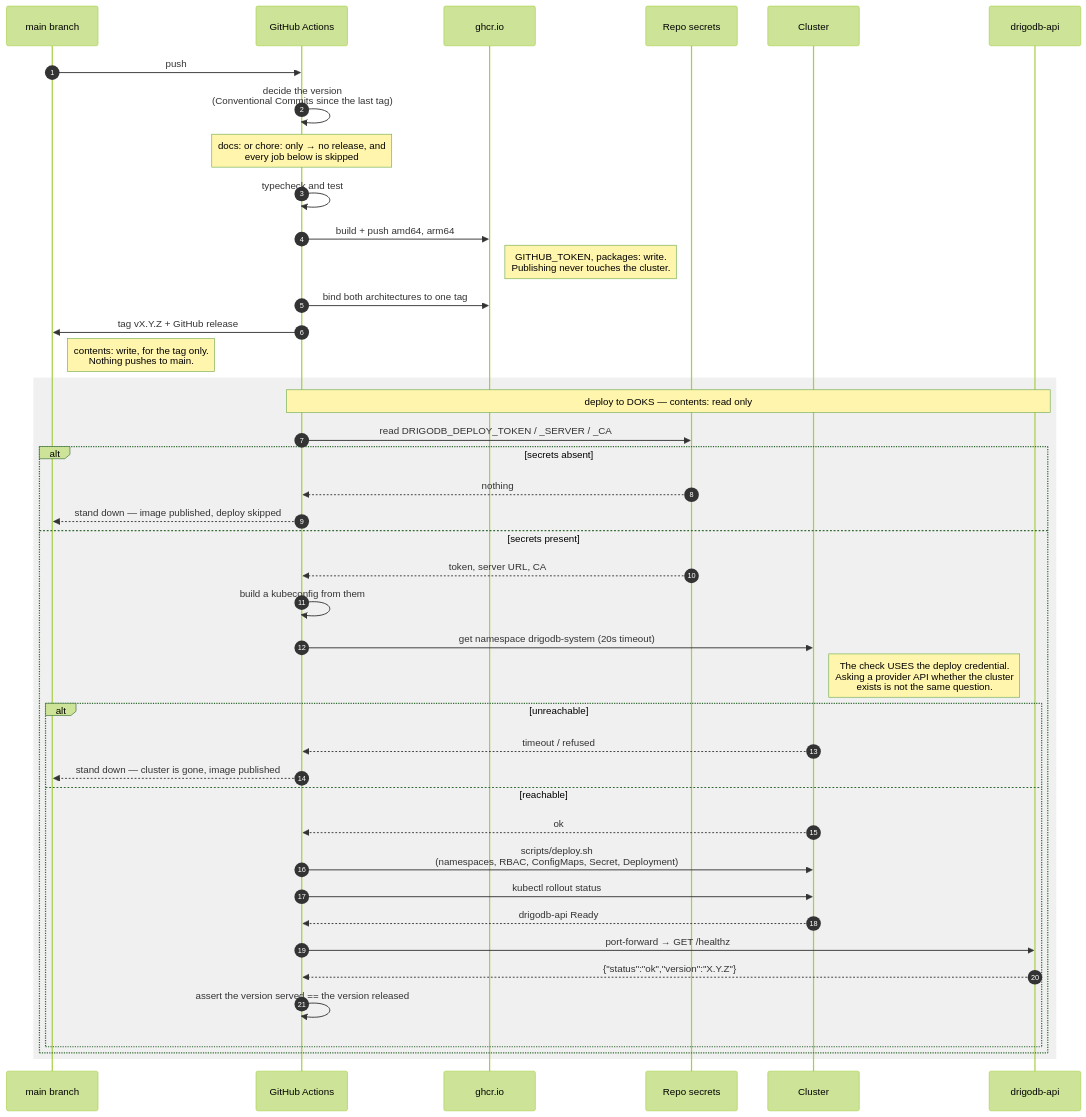
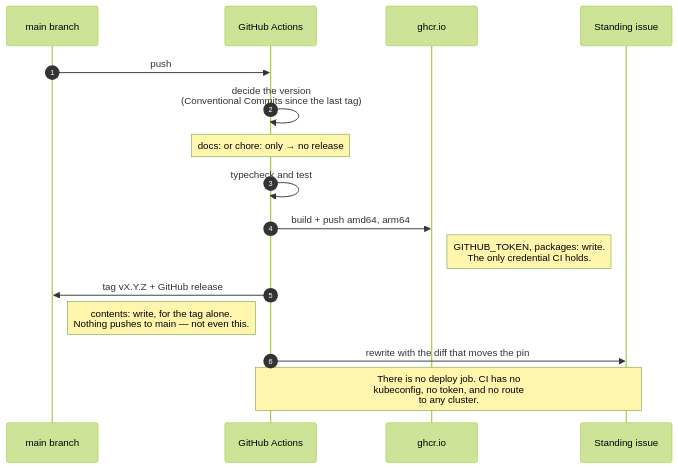
One commit to drigolabs/drigodb changed the second of 4 diagrams in docs/diagrams/deploy-flow.md. Above: the diagram before and after it, drawn with Mermaid (forest theme). The commit also changed other lines of this file and 3 other files, not shown here.

Commit message:
docs: draw the deploy flow decision 0002 leads to, not the one being left (#53)

````diff
--- a/docs/diagrams/deploy-flow.md
+++ b/docs/diagrams/deploy-flow.md
@@ -60,47 +61,19 @@
 ```mermaid
 sequenceDiagram
     autonumber
     participant Main as main branch
     participant CI as GitHub Actions
     participant GHCR as ghcr.io
-    participant GH as Repo secrets
-    participant K8s as Cluster
-    participant API as drigodb-api
+    participant Issue as Standing issue
 
     Main->>CI: push
     CI->>CI: decide the version<br/>(Conventional Commits since the last tag)
-    Note over CI: docs: or chore: only → no release, and<br/>every job below is skipped
-
+    Note over CI: docs: or chore: only → no release
     CI->>CI: typecheck and test
     CI->>GHCR: build + push amd64, arm64
-    Note right of GHCR: GITHUB_TOKEN, packages: write.<br/>Publishing never touches the cluster.
-    CI->>GHCR: bind both architectures to one tag
+    Note right of GHCR: GITHUB_TOKEN, packages: write.<br/>The only credential CI holds.
     CI->>Main: tag vX.Y.Z + GitHub release
-    Note right of Main: contents: write, for the tag only.<br/>Nothing pushes to main.
-
-    rect rgba(128,128,128,0.12)
-        Note over CI,API: deploy to DOKS — contents: read only
-        CI->>GH: read DRIGODB_DEPLOY_TOKEN / _SERVER / _CA
-        alt secrets absent
-            GH-->>CI: nothing
-            CI-->>Main: stand down — image published, deploy skipped
-        else secrets present
-            GH-->>CI: token, server URL, CA
-            CI->>CI: build a kubeconfig from them
-            CI->>K8s: get namespace drigodb-system (20s timeout)
-            Note right of K8s: The check USES the deploy credential.<br/>Asking a provider API whether the cluster<br/>exists is not the same question.
-            alt unreachable
-                K8s-->>CI: timeout / refused
-                CI-->>Main: stand down — cluster is gone, image published
-            else reachable
-                K8s-->>CI: ok
-                CI->>K8s: scripts/deploy.sh<br/>(namespaces, RBAC, ConfigMaps, Secret, Deployment)
-                CI->>K8s: kubectl rollout status
-                K8s-->>CI: drigodb-api Ready
-                CI->>API: port-forward → GET /healthz
-                API-->>CI: {"status":"ok","version":"X.Y.Z"}
-                CI->>CI: assert the version served == the version released
-            end
-        end
-    end
+    Note right of Main: contents: write, for the tag alone.<br/>Nothing pushes to main — not even this.
+    CI->>Issue: rewrite with the diff that moves the pin
+    Note over CI,Issue: There is no deploy job. CI has no<br/>kubeconfig, no token, and no route<br/>to any cluster.
 ```
````
